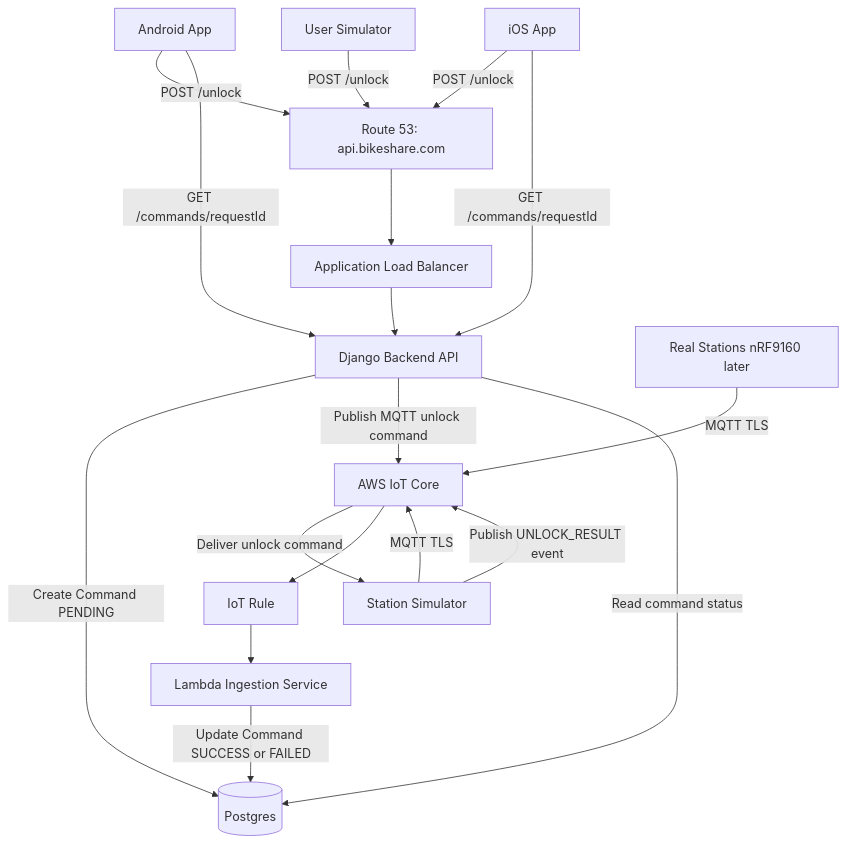
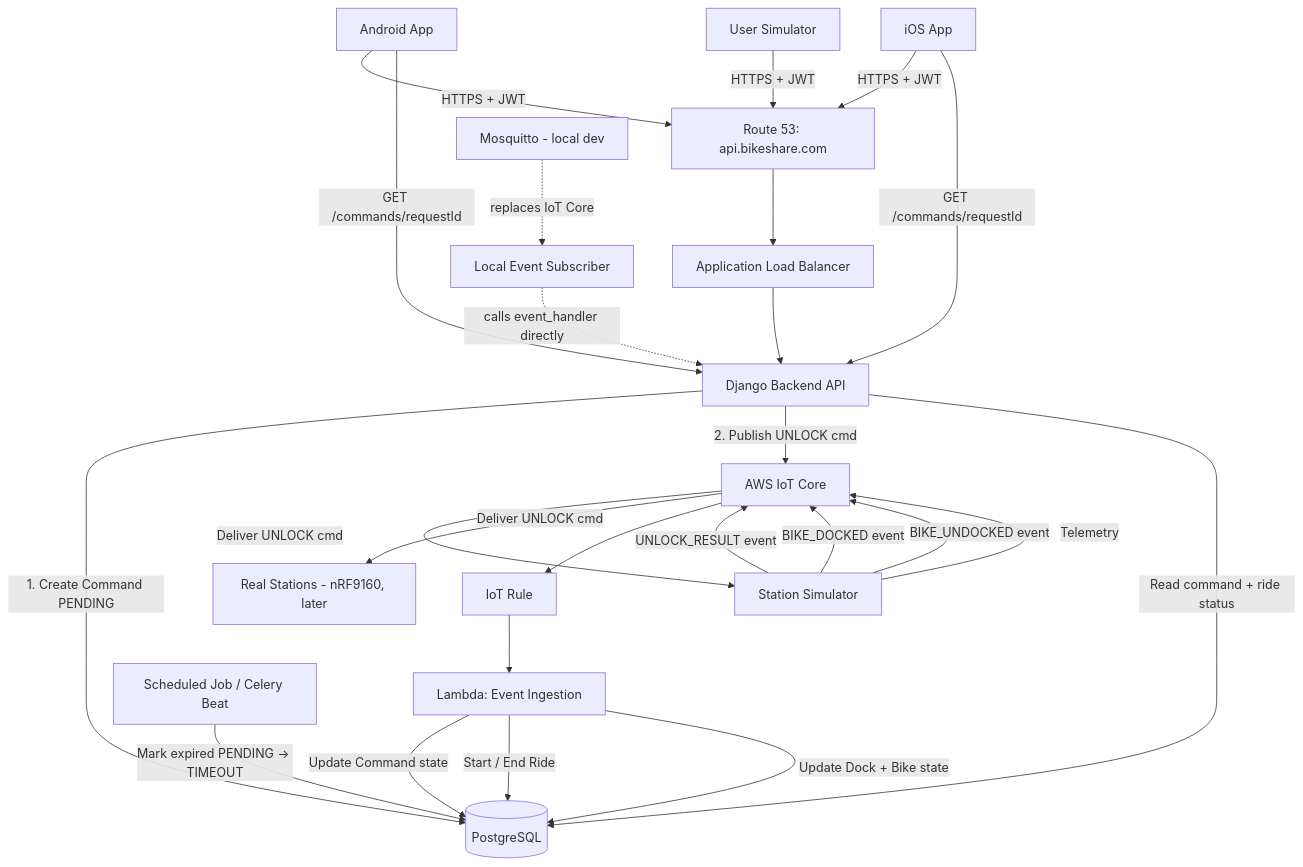
The first of 3 diagrams in docs/system-architecture.md (yeabb/bikeshare-platform), drawn with Mermaid before and after one commit. The commit also changed other lines of this file and 79 other files, not shown here.

First line of the commit message:
🏗️ Phase 1+2: contracts, backend skeleton, and local dev stack

````diff
--- a/docs/system-architecture.md
+++ b/docs/system-architecture.md
@@ -3,33 +5,44 @@
 ```mermaid
 graph TD
 
 %% Mobile Clients
-AND[Android App] -->|POST /unlock| R53[Route 53: api.bikeshare.com]
-IOS[iOS App] -->|POST /unlock| R53
-USIM[User Simulator] -->|POST /unlock| R53
+AND[Android App] -->|HTTPS + JWT| R53[Route 53: api.bikeshare.com]
+IOS[iOS App] -->|HTTPS + JWT| R53
+USIM[User Simulator] -->|HTTPS + JWT| R53
 
 %% Edge
 R53 --> ALB[Application Load Balancer]
 ALB --> ECS[Django Backend API]
 
-%% Backend actions
-ECS -->|Create Command PENDING| DB[(Postgres)]
-ECS -->|Publish MQTT unlock command| IOT[AWS IoT Core]
+%% Backend → DB and IoT
+ECS -->|1. Create Command PENDING| DB[(PostgreSQL)]
+ECS -->|2. Publish UNLOCK cmd| IOT[AWS IoT Core]
 
 %% Device layer
-SSIM[Station Simulator] -->|MQTT TLS| IOT
-STN[Real Stations nRF9160 later] -->|MQTT TLS| IOT
+IOT -->|Deliver UNLOCK cmd| SSIM[Station Simulator]
+IOT -->|Deliver UNLOCK cmd| STN[Real Stations - nRF9160, later]
 
-IOT -->|Deliver unlock command| SSIM
-SSIM -->|Publish UNLOCK_RESULT event| IOT
+SSIM -->|UNLOCK_RESULT event| IOT
+SSIM -->|BIKE_DOCKED event| IOT
+SSIM -->|BIKE_UNDOCKED event| IOT
+SSIM -->|Telemetry| IOT
 
 %% Event ingestion
 IOT --> RULE[IoT Rule]
-RULE --> LAMBDA[Lambda Ingestion Service]
-LAMBDA -->|Update Command SUCCESS or FAILED| DB
+RULE --> LAMBDA[Lambda: Event Ingestion]
+LAMBDA -->|Update Command state| DB
+LAMBDA -->|Start / End Ride| DB
+LAMBDA -->|Update Dock + Bike state| DB
 
-%% Mobile polling
+%% Client polling
 AND -->|GET /commands/requestId| ECS
 IOS -->|GET /commands/requestId| ECS
-ECS -->|Read command status| DB
+ECS -->|Read command + ride status| DB
+
+%% Timeout job
+TIMEOUT[Scheduled Job / Celery Beat] -->|Mark expired PENDING → TIMEOUT| DB
+
+%% Local dev alternative
+LMQTT[Mosquitto - local dev] -.->|replaces IoT Core| LSUB[Local Event Subscriber]
+LSUB -.->|calls event_handler directly| ECS
 ```
````
